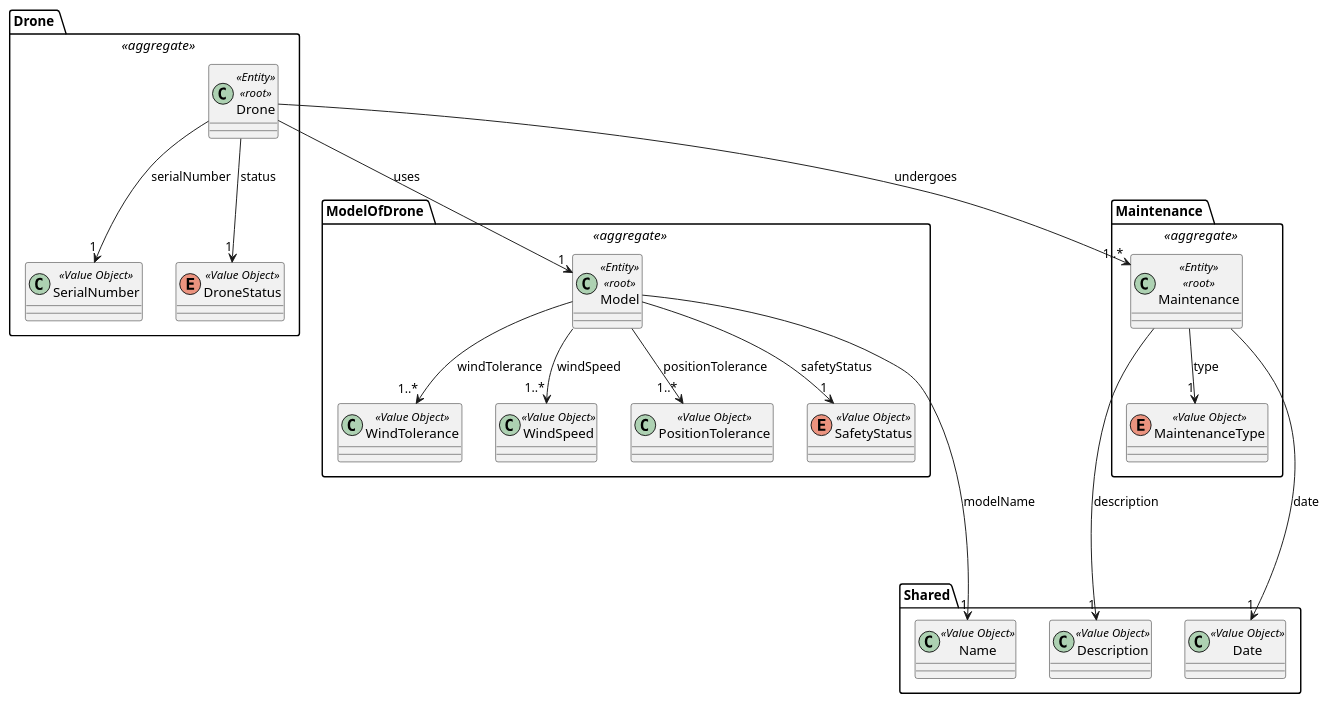
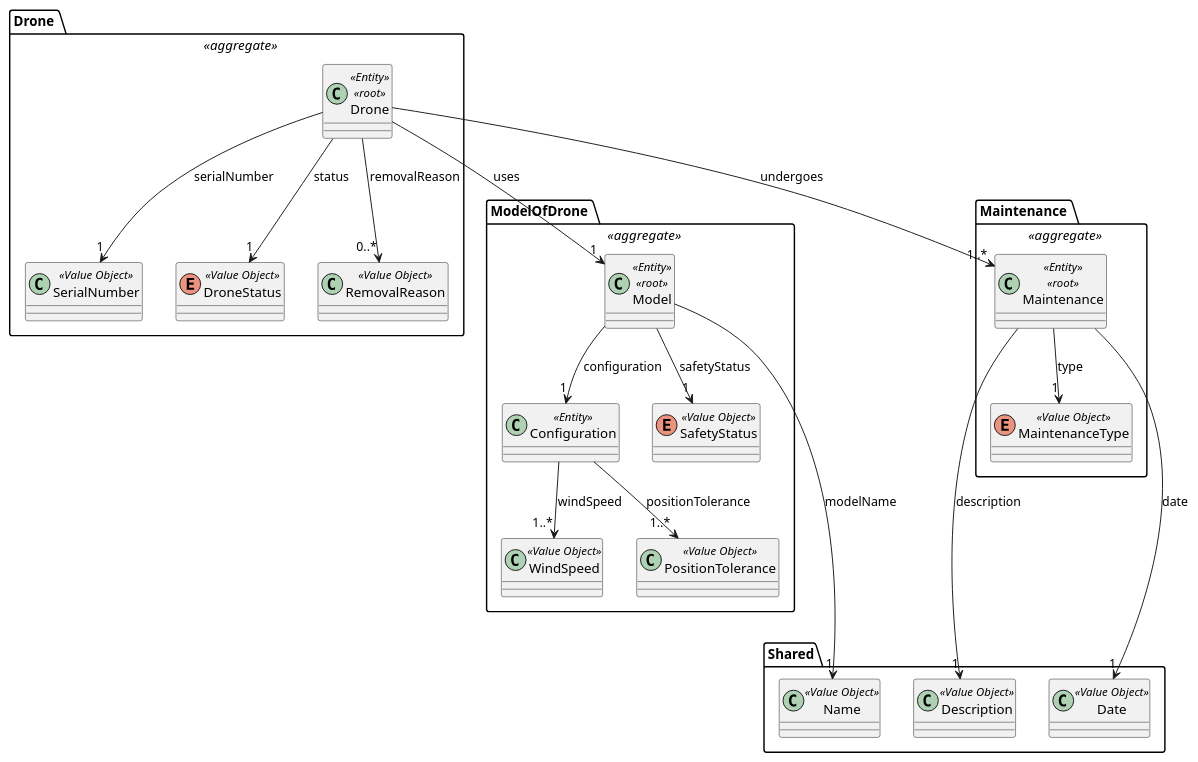
Before and after one commit to diogoveirospro/sem4pi-2024-2025-sem4pi_2024_2025_g44: the diagram in docs/global_artifacts/analysis/puml/domain_model_drone.puml, drawn with PlantUML. The commit also changed 3 other files, not shown here.

Commit message:
update on domain model with the changes of model and drone value objects

```diff
--- a/docs/global_artifacts/analysis/puml/domain_model_drone.puml
+++ b/docs/global_artifacts/analysis/puml/domain_model_drone.puml
@@ -1,81 +1,85 @@
 @startuml
 
 package "Drone " <<aggregate>> {
 
     class Drone <<Entity>> <<root>>{
     }
 
     class SerialNumber <<Value Object>>{
     }
 
     enum DroneStatus <<Value Object>>{
     }
 
+     class RemovalReason <<Value Object>>{
+        }
+
     'Drone -> x
     Drone --> "1" DroneStatus: status
     Drone --> "1" SerialNumber: serialNumber
+    Drone --> "0..*" RemovalReason: removalReason
 }
 
 package "ModelOfDrone " <<aggregate>> {
 
     class Model <<Entity>> <<root>>{
     }
 
-    class WindTolerance <<Value Object>>{
+    class Configuration <<Entity>>{
     }
 
     class WindSpeed <<Value Object>>{
     }
 
     class PositionTolerance <<Value Object>>{
     }
 
     enum SafetyStatus <<Value Object>>{
     }
 
     'Model -> x
-    Model --> "1..*" WindTolerance: windTolerance
-    Model --> "1..*" WindSpeed: windSpeed
-    Model --> "1..*" PositionTolerance: positionTolerance
+    Model --> "1" Configuration: configuration
+    Configuration --> "1..*" WindSpeed: windSpeed
+    Configuration --> "1..*" PositionTolerance: positionTolerance
     Model --> "1" SafetyStatus: safetyStatus
 
     'Drone -> x
     Drone --> "1" Model: uses
 
 }
 
 package "Maintenance " <<aggregate>> {
 
     class Maintenance <<Entity>> <<root>>{
     }
 
     enum MaintenanceType <<Value Object>>{
     }
 
     'Maintenance -> x
     Maintenance --> "1" MaintenanceType: type
 
     'Drone -> x
     Drone --> "1..*" Maintenance: undergoes
 }
 
 package Shared {
 
     class Date <<Value Object>>{
     }
 
     class Description <<Value Object>>{
     }
 
     class Name <<Value Object>>{
     }
 
     'Maintenance -> x
     Maintenance ----> "1" Date: date
     Maintenance ----> "1" Description: description
 
     'Model -> x
     Model ----> "1" Name: modelName
 }
 
 @enduml
```
